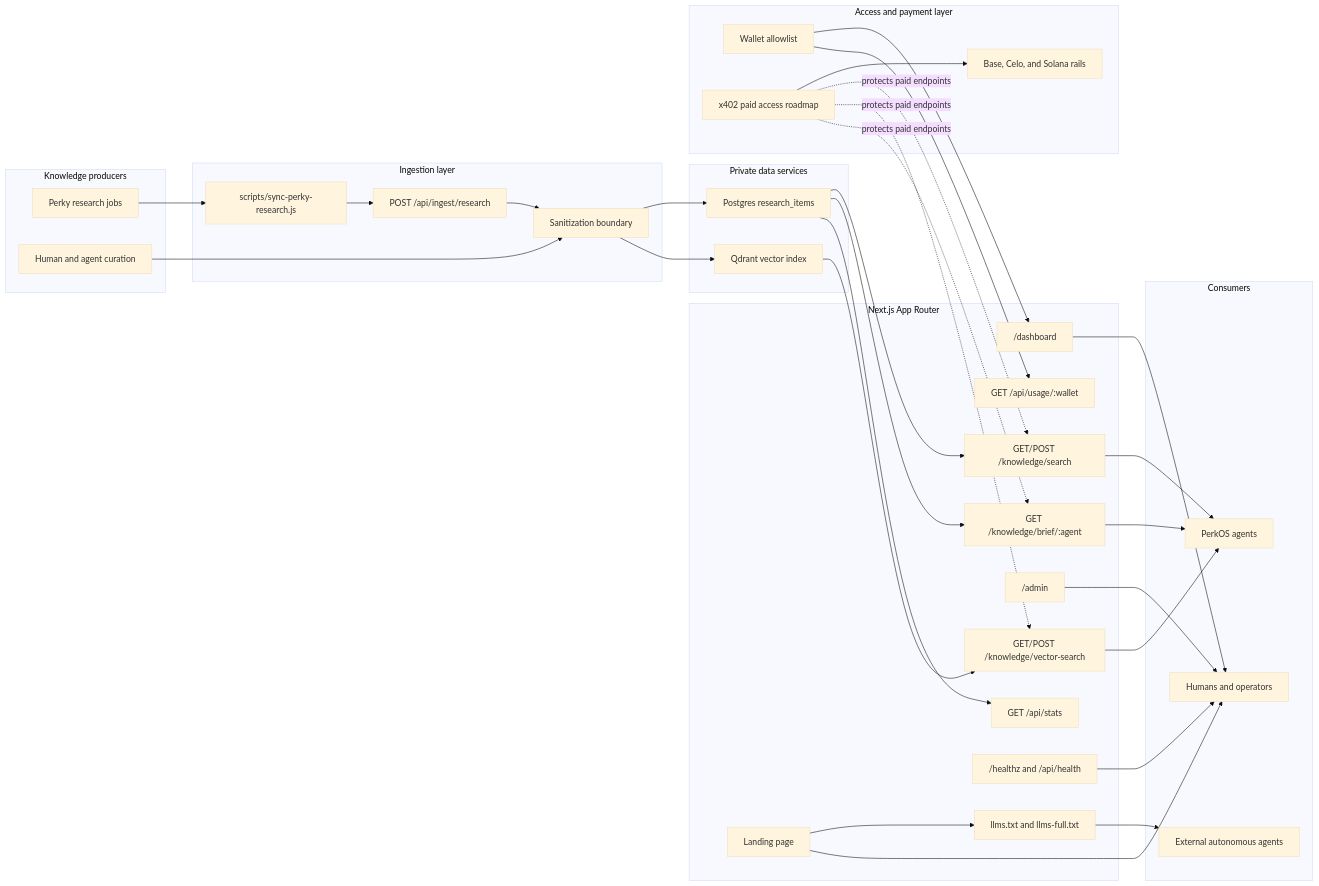
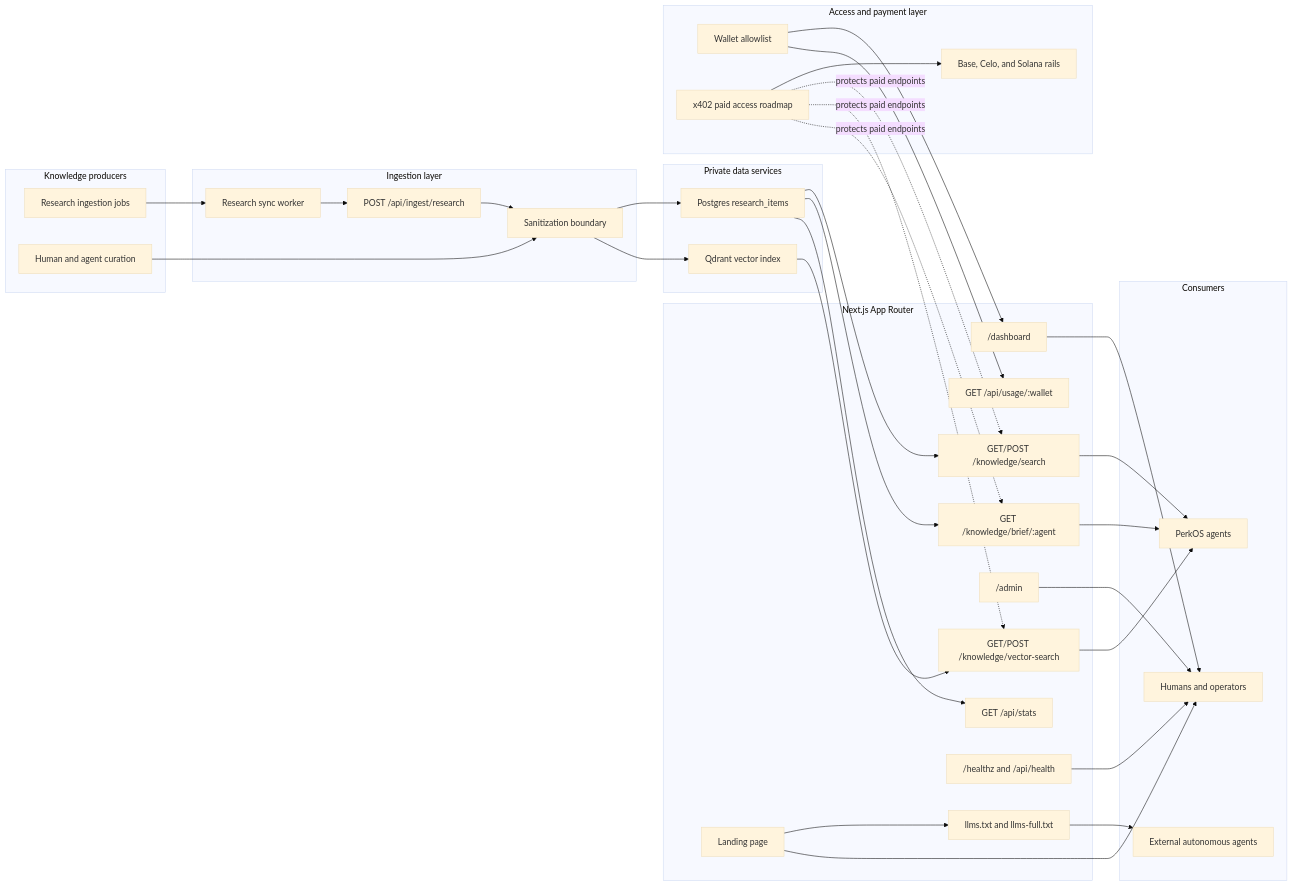
The diagram in README.md (PerkOS-xyz/PerkOS-Knowledge), drawn with Mermaid (base theme) before and after one commit. The commit also changed 3 other files, not shown here.

````diff
--- a/README.md
+++ b/README.md
@@ -18,70 +18,70 @@
 ```mermaid
 flowchart LR
   subgraph Producers["Knowledge producers"]
-    Perky["Perky research jobs"]
+    ResearchJobs["Research ingestion jobs"]
     Curators["Human and agent curation"]
   end
 
   subgraph Ingest["Ingestion layer"]
-    Sync["scripts/sync-perky-research.js"]
+    Sync["Research sync worker"]
     IngestAPI["POST /api/ingest/research"]
     Sanitizer["Sanitization boundary"]
   end
 
   subgraph App["Next.js App Router"]
     Landing["Landing page"]
     Search["GET/POST /knowledge/search"]
     Vector["GET/POST /knowledge/vector-search"]
     Briefs["GET /knowledge/brief/:agent"]
     Dashboard["/dashboard"]
     Admin["/admin"]
     Usage["GET /api/usage/:wallet"]
     Stats["GET /api/stats"]
     Health["/healthz and /api/health"]
     LLM["llms.txt and llms-full.txt"]
   end
 
   subgraph Data["Private data services"]
     Postgres["Postgres research_items"]
     Qdrant["Qdrant vector index"]
   end
 
   subgraph Access["Access and payment layer"]
     WalletGate["Wallet allowlist"]
     X402["x402 paid access roadmap"]
     Rails["Base, Celo, and Solana rails"]
   end
 
   subgraph Consumers["Consumers"]
     InternalAgents["PerkOS agents"]
     ExternalAgents["External autonomous agents"]
     Humans["Humans and operators"]
   end
 
-  Perky --> Sync --> IngestAPI --> Sanitizer
+  ResearchJobs --> Sync --> IngestAPI --> Sanitizer
   Curators --> Sanitizer
   Sanitizer --> Postgres
   Sanitizer --> Qdrant
 
   Postgres --> Search
   Postgres --> Briefs
   Postgres --> Stats
   Qdrant --> Vector
 
   Landing --> LLM
   WalletGate --> Dashboard
   WalletGate --> Usage
   X402 --> Rails
   X402 -. protects paid endpoints .-> Search
   X402 -. protects paid endpoints .-> Vector
   X402 -. protects paid endpoints .-> Briefs
 
   Search --> InternalAgents
   Vector --> InternalAgents
   Briefs --> InternalAgents
   LLM --> ExternalAgents
   Landing --> Humans
   Dashboard --> Humans
   Admin --> Humans
   Health --> Humans
 ```
````
